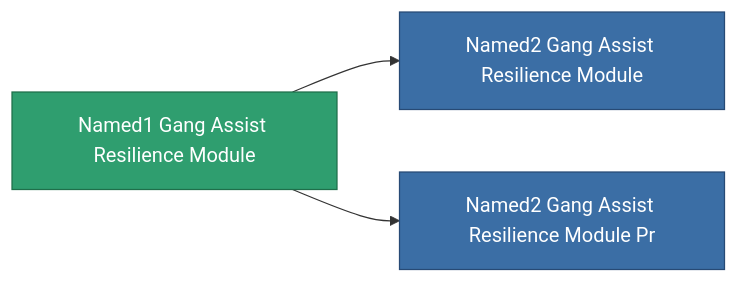
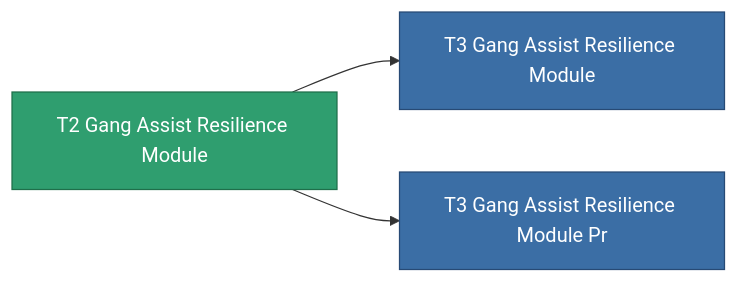
The diagram in content/content/items/named1_gang_assist_resilience_module.md (OpenPerpetuum/Wiki), drawn with Mermaid before and after one commit. The commit also changed other lines of this file and 4904 other files, not shown here.

````diff
--- a/content/content/items/named1_gang_assist_resilience_module.md
+++ b/content/content/items/named1_gang_assist_resilience_module.md
@@ -57,13 +47,13 @@
 ```mermaid
 graph LR
-    a["Named1 Gang Assist Resilience Module"]:::current
-    b["Named2 Gang Assist Resilience Module"]:::prod
+    a["T2 Gang Assist Resilience Module"]:::current
+    b["T3 Gang Assist Resilience Module"]:::prod
     a --> b
-    click b "/content/items/named2-gang-assist-resilience-module/" "Named2 Gang Assist Resilience Module"
-    c["Named2 Gang Assist Resilience Module Pr"]:::prod
+    click b "/content/items/named2-gang-assist-resilience-module/" "T3 Gang Assist Resilience Module"
+    c["T3 Gang Assist Resilience Module Pr"]:::prod
     a --> c
-    click c "/content/items/named2-gang-assist-resilience-module-pr/" "Named2 Gang Assist Resilience Module Pr"
+    click c "/content/items/named2-gang-assist-resilience-module-pr/" "T3 Gang Assist Resilience Module Pr"
     classDef current fill:#2f9e6f,stroke:#1f6f4a,color:#ffffff
     classDef prod fill:#3b6ea5,stroke:#274a75,color:#ffffff
     classDef more fill:#39445a,stroke:#54658a,color:#d5dbe8
 ```
````
